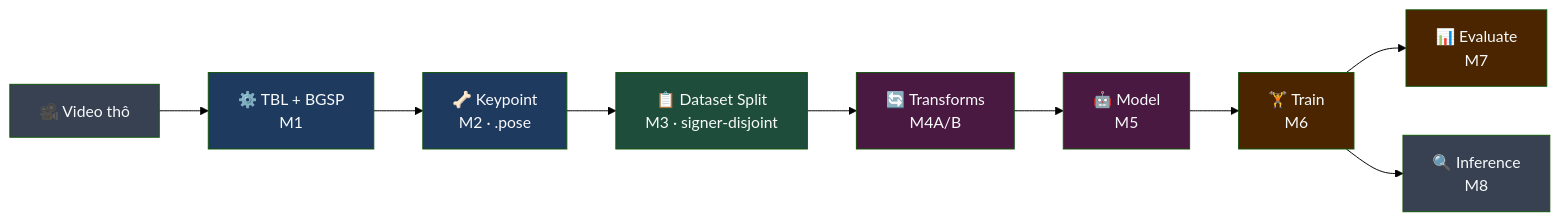
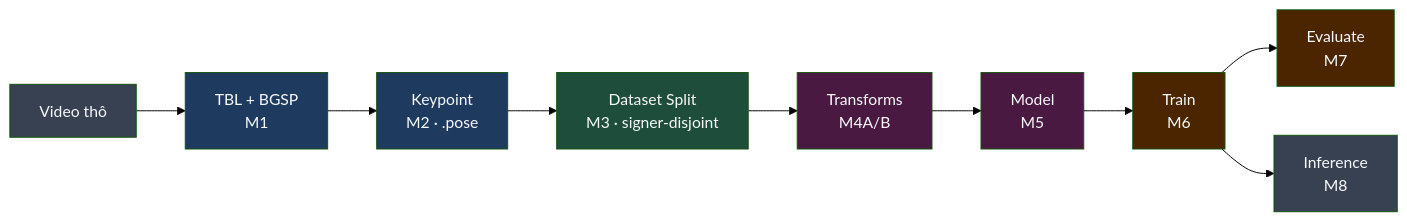
The first of 3 diagrams in docs/architecture_analysis.md (thanhbinh55/VietnameseSignLanguageRecognition_vsl400), drawn with Mermaid (forest theme) before and after one commit. The commit also changed other lines of this file, not shown here.

Commit message:
docs: remove emojis from mermaid diagrams

````diff
--- a/docs/architecture_analysis.md
+++ b/docs/architecture_analysis.md
@@ -109,25 +109,25 @@
 ```mermaid
 flowchart LR
-    A["🎥 Video thô"]
-    B["⚙️ TBL + BGSP\nM1"]
-    C["🦴 Keypoint\nM2 · .pose"]
-    D["📋 Dataset Split\nM3 · signer-disjoint"]
-    E["🔄 Transforms\nM4A/B"]
-    F["🤖 Model\nM5"]
-    G["🏋️ Train\nM6"]
-    H["📊 Evaluate\nM7"]
-    I["🔍 Inference\nM8"]
+    A["Video thô"]
+    B["TBL + BGSP\nM1"]
+    C["Keypoint\nM2 · .pose"]
+    D["Dataset Split\nM3 · signer-disjoint"]
+    E["Transforms\nM4A/B"]
+    F["Model\nM5"]
+    G["Train\nM6"]
+    H["Evaluate\nM7"]
+    I["Inference\nM8"]
 
     A --> B --> C --> D --> E --> F --> G --> H
     G --> I
 
     style A fill:#374151,color:#f9fafb
     style B fill:#1e3a5f,color:#f9fafb
     style C fill:#1e3a5f,color:#f9fafb
     style D fill:#1e4d3b,color:#f9fafb
     style E fill:#4a1942,color:#f9fafb
     style F fill:#4a1942,color:#f9fafb
     style G fill:#4a2500,color:#f9fafb
     style H fill:#4a2500,color:#f9fafb
     style I fill:#374151,color:#f9fafb
 ```
````
